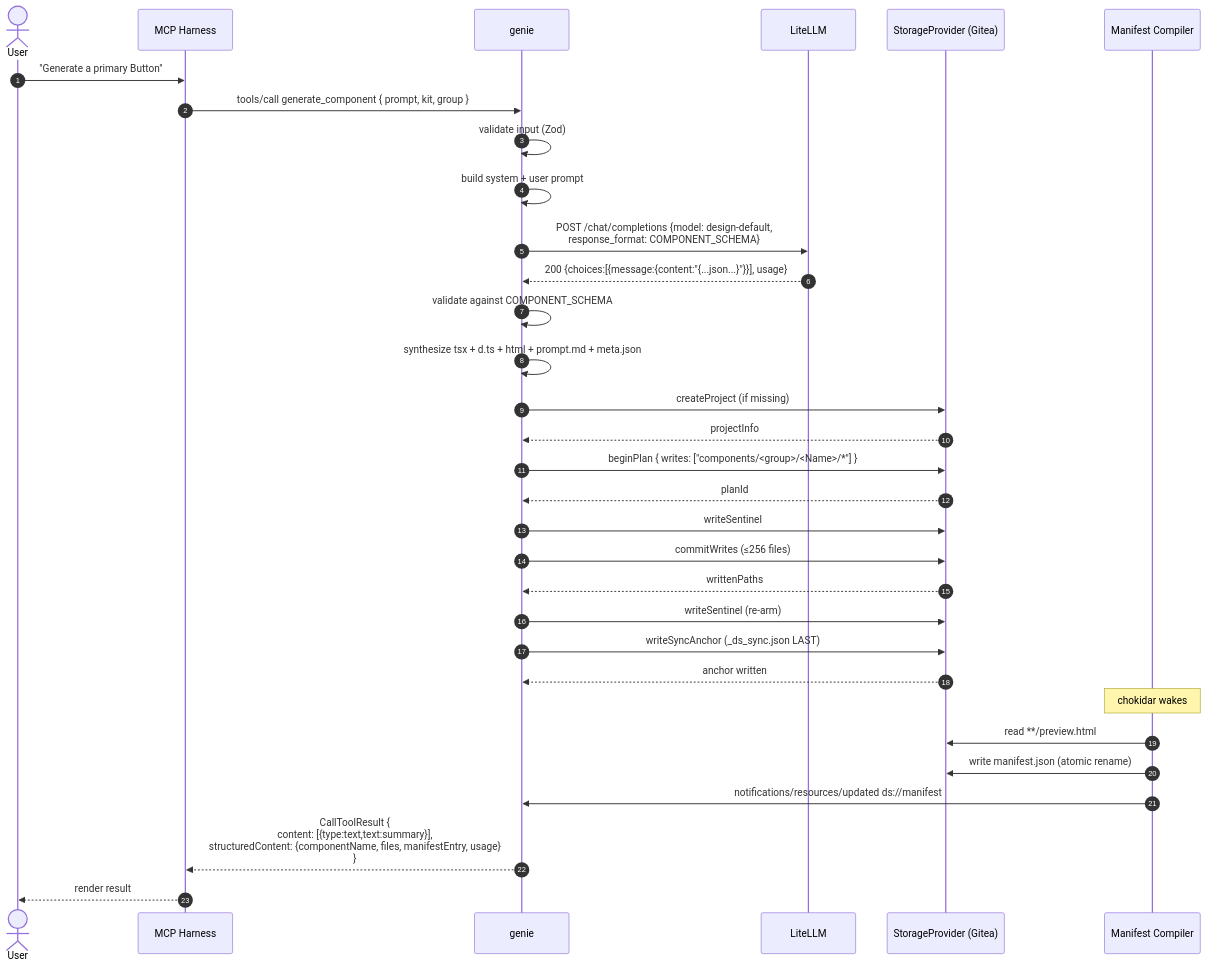
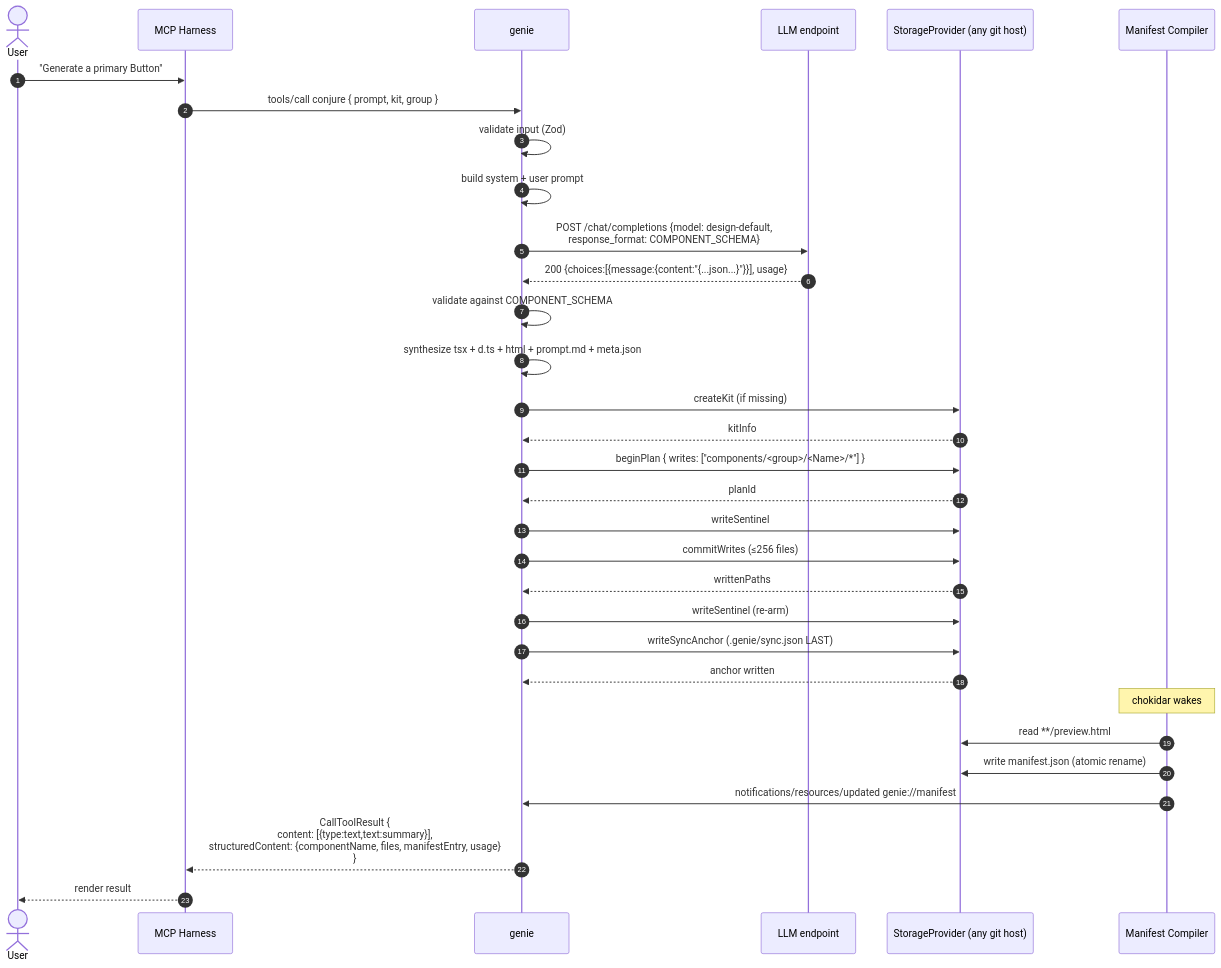
The third of 9 diagrams in docs/plan/04-tech-design-rfc.md (ambitresearch/genie), drawn with Mermaid before and after one commit. The commit also changed other lines of this file and 177 other files, not shown here.

````diff
--- a/docs/plan/04-tech-design-rfc.md
+++ b/docs/plan/04-tech-design-rfc.md
@@ -1319,35 +1481,35 @@
 ```mermaid
 sequenceDiagram
     autonumber
     actor User
     participant Harness as MCP Harness
     participant Server as genie
-    participant LiteLLM
-    participant Store as StorageProvider (Gitea)
+    participant LLM as LLM endpoint
+    participant Store as StorageProvider (any git host)
     participant Comp as Manifest Compiler
 
     User->>Harness: "Generate a primary Button"
-    Harness->>Server: tools/call generate_component { prompt, kit, group }
+    Harness->>Server: tools/call conjure { prompt, kit, group }
     Server->>Server: validate input (Zod)
     Server->>Server: build system + user prompt
-    Server->>LiteLLM: POST /chat/completions {model: design-default,<br/>response_format: COMPONENT_SCHEMA}
-    LiteLLM-->>Server: 200 {choices:[{message:{content:"{...json...}"}}], usage}
+    Server->>LLM: POST /chat/completions {model: design-default,<br/>response_format: COMPONENT_SCHEMA}
+    LLM-->>Server: 200 {choices:[{message:{content:"{...json...}"}}], usage}
     Server->>Server: validate against COMPONENT_SCHEMA
     Server->>Server: synthesize tsx + d.ts + html + prompt.md + meta.json
-    Server->>Store: createProject (if missing)
-    Store-->>Server: projectInfo
+    Server->>Store: createKit (if missing)
+    Store-->>Server: kitInfo
     Server->>Store: beginPlan { writes: ["components/<group>/<Name>/*"] }
     Store-->>Server: planId
     Server->>Store: writeSentinel
     Server->>Store: commitWrites (≤256 files)
     Store-->>Server: writtenPaths
     Server->>Store: writeSentinel (re-arm)
-    Server->>Store: writeSyncAnchor (_ds_sync.json LAST)
+    Server->>Store: writeSyncAnchor (.genie/sync.json LAST)
     Store-->>Server: anchor written
     Note over Comp: chokidar wakes
     Comp->>Store: read **/preview.html
     Comp->>Store: write manifest.json (atomic rename)
-    Comp->>Server: notifications/resources/updated ds://manifest
+    Comp->>Server: notifications/resources/updated genie://manifest
     Server-->>Harness: CallToolResult {<br/>  content: [{type:text,text:summary}],<br/>  structuredContent: {componentName, files, manifestEntry, usage}<br/>}
     Harness-->>User: render result
 ```
````
